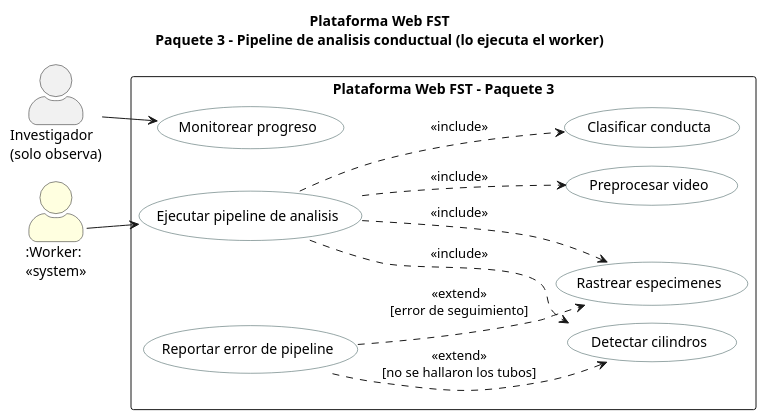
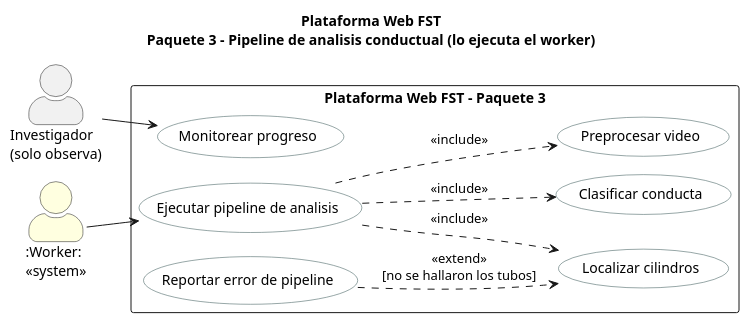
One commit to ErickJester/fst-ai-system-latex changed diagram 19 of 38 in INSTRUCCIONES-WEB.md. Above: the diagram before and after it, drawn with PlantUML. The commit also changed other lines of this file and 33 other files, not shown here.

````diff
--- a/INSTRUCCIONES-WEB.md
+++ b/INSTRUCCIONES-WEB.md
@@ -1770,32 +1767,29 @@
 ```plantuml
 @startuml cu_paquete3
 !pragma layout smetana
 title Plataforma Web FST\nPaquete 3 - Pipeline de analisis conductual (lo ejecuta el worker)
 left to right direction
 skinparam packageStyle rectangle
 skinparam actorStyle awesome
 skinparam usecase {
   BackgroundColor White
   BorderColor DarkSlateGray
 }
 actor "Investigador\n(solo observa)" as INV
 actor ":Worker:\n<<system>>" as WRK #LightYellow
 rectangle "Plataforma Web FST - Paquete 3" {
   usecase "Ejecutar pipeline de analisis" as UC30
   usecase "Preprocesar video" as UC31
-  usecase "Detectar cilindros" as UC32
-  usecase "Rastrear especimenes" as UC33
+  usecase "Localizar cilindros" as UC32
   usecase "Clasificar conducta" as UC34
   usecase "Monitorear progreso" as UC35
   usecase "Reportar error de pipeline" as UC36
 }
 WRK --> UC30
 INV --> UC35
 UC30 ..> UC31 : <<include>>
 UC30 ..> UC32 : <<include>>
-UC30 ..> UC33 : <<include>>
 UC30 ..> UC34 : <<include>>
 UC36 ..> UC32 : <<extend>>\n[no se hallaron los tubos]
-UC36 ..> UC33 : <<extend>>\n[error de seguimiento]
 @enduml
 ```
````
